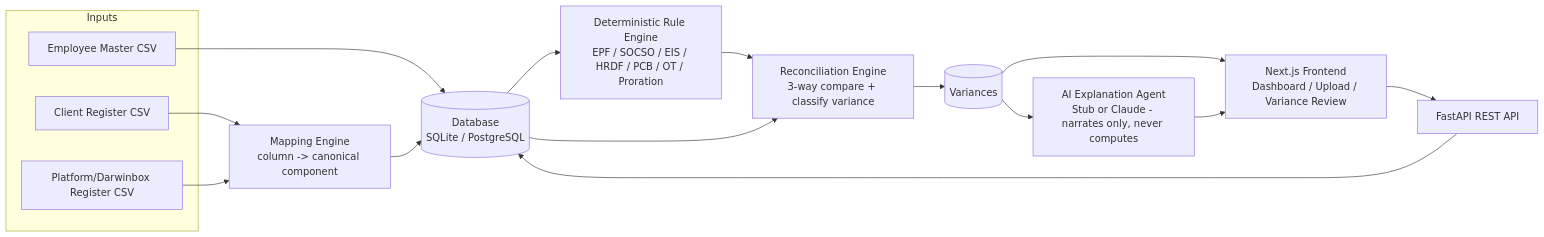
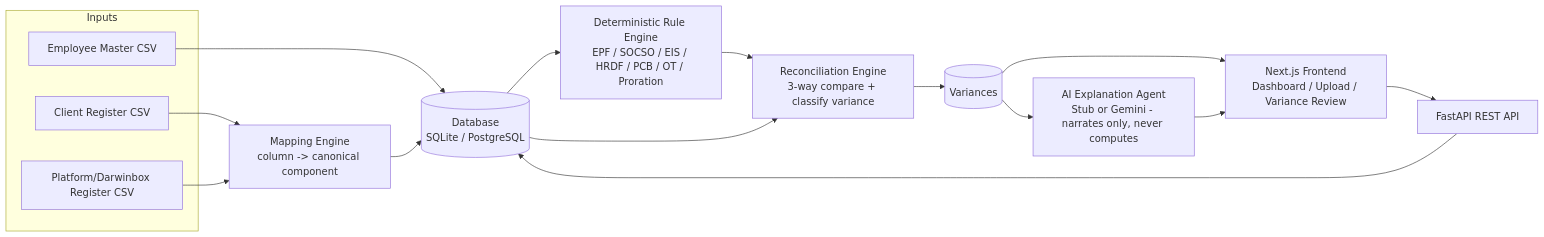
The diagram in README.md (niru89-coder/PayVerify-AI), drawn with Mermaid before and after one commit. The commit also changed other lines of this file and 12 other files, not shown here.

First line of the commit message:
Phase 3.4: Render deployment config + swap Claude for Gemini AI provider

````diff
--- a/README.md
+++ b/README.md
@@ -24,24 +24,24 @@
 ```mermaid
 flowchart LR
     subgraph Inputs
         CR[Client Register CSV]
         PR[Platform/Darwinbox Register CSV]
         EM[Employee Master CSV]
     end
 
     CR --> ME[Mapping Engine\ncolumn -> canonical component]
     PR --> ME
     EM --> DB[(Database\nSQLite / PostgreSQL)]
     ME --> DB
 
     DB --> RE[Deterministic Rule Engine\nEPF / SOCSO / EIS / HRDF / PCB / OT / Proration]
     RE --> RC[Reconciliation Engine\n3-way compare + classify variance]
     DB --> RC
 
     RC --> VAR[(Variances)]
-    VAR --> AI[AI Explanation Agent\nStub or Claude - narrates only, never computes]
+    VAR --> AI[AI Explanation Agent\nStub or Gemini - narrates only, never computes]
     VAR --> UI[Next.js Frontend\nDashboard / Upload / Variance Review]
     AI --> UI
     UI --> API[FastAPI REST API]
     API --> DB
 ```
````
